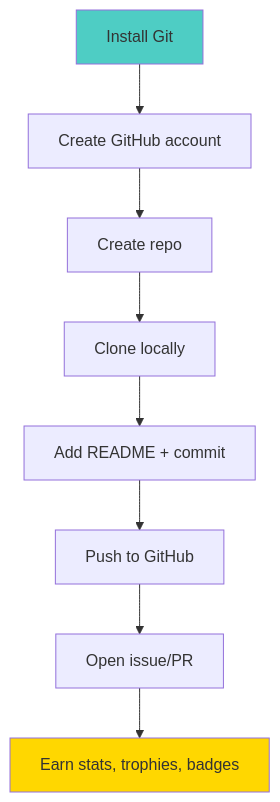
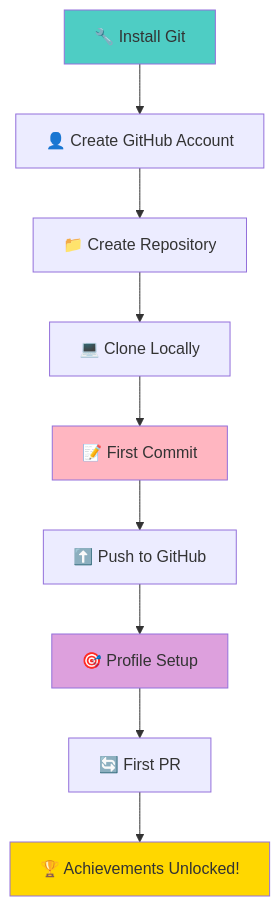
One commit to smirk-dev/Guide-to-levelling-up-on-Github changed the sixth of 11 diagrams in README.md. Above: the diagram before and after it, drawn with Mermaid. The commit also changed other lines of this file, not shown here.

Commit message:
Update README.md to enhance GitHub Achievements section with detailed badge information and earning strategies

````diff
--- a/README.md
+++ b/README.md
@@ -529,12 +984,16 @@
 ```mermaid
 graph TD
-   A[Install Git] --> B[Create GitHub account]
-   B --> C[Create repo]
-   C --> D[Clone locally]
-   D --> E[Add README + commit]
-   E --> F[Push to GitHub]
-   F --> G[Open issue/PR]
-   G --> H[Earn stats, trophies, badges]
+   A[🔧 Install Git] --> B[👤 Create GitHub Account]
+   B --> C[📁 Create Repository]
+   C --> D[💻 Clone Locally]
+   D --> E[📝 First Commit]
+   E --> F[⬆️ Push to GitHub]
+   F --> G[🎯 Profile Setup]
+   G --> H[🔄 First PR]
+   H --> I[🏆 Achievements Unlocked!]
+   
    style A fill:#4ECDC4
-   style H fill:#FFD700
+   style E fill:#FFB6C1
+   style G fill:#DDA0DD
+   style I fill:#FFD700
 ```
````
